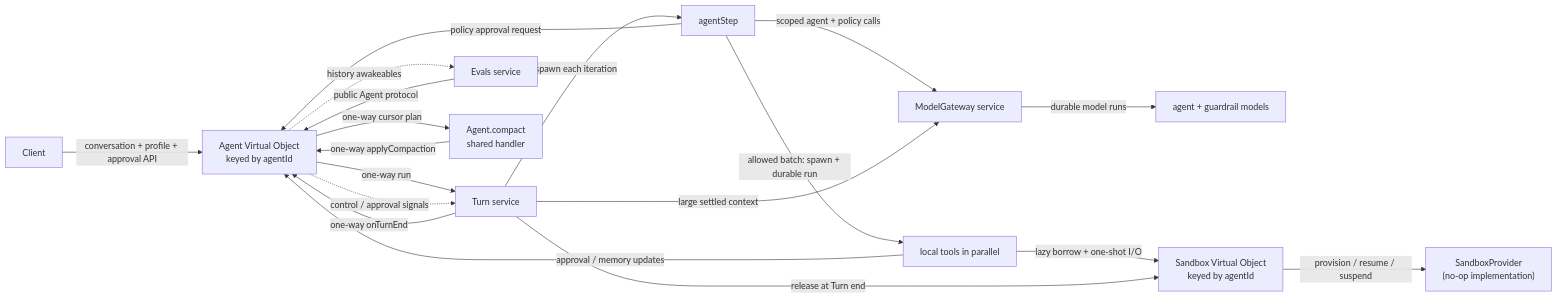
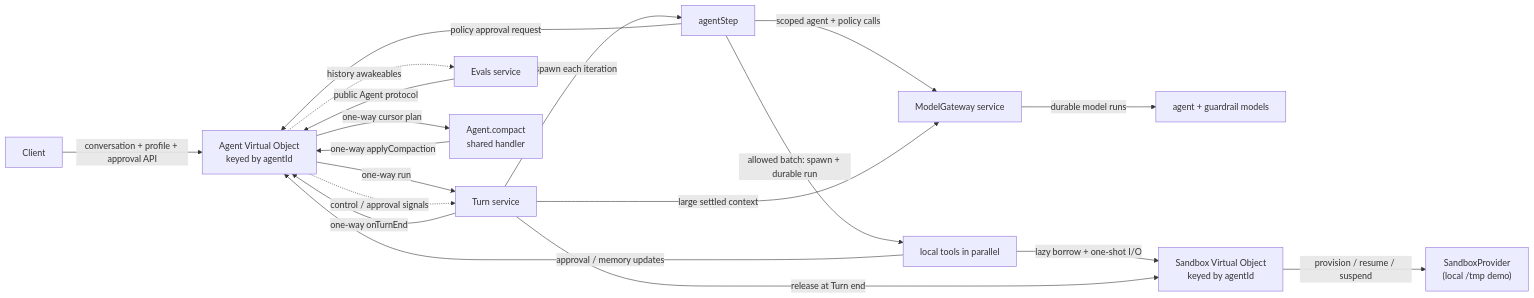
The diagram in README.md (restatedev/agent), drawn with Mermaid before and after one commit. The commit also changed other lines of this file and 4 other files, not shown here.

Commit message:
feat(example): use a local tmp sandbox

````diff
--- a/README.md
+++ b/README.md
@@ -77,21 +77,21 @@
 ```mermaid
 flowchart LR
   Client -->|"conversation + profile + approval API"| Agent["Agent Virtual Object\nkeyed by agentId"]
   Agent -->|"one-way run"| Turn["Turn service"]
   Agent -.->|"control / approval signals"| Turn
   Turn -->|"spawn each iteration"| Step["agentStep"]
   Step -->|"scoped agent + policy calls"| Gateway["ModelGateway service"]
   Gateway -->|"durable model runs"| Model["agent + guardrail models"]
   Step -->|"allowed batch: spawn + durable run"| Tools["local tools in parallel"]
   Step -->|"policy approval request"| Agent
   Tools -->|"approval / memory updates"| Agent
   Tools -->|"lazy borrow + one-shot I/O"| Sandbox["Sandbox Virtual Object\nkeyed by agentId"]
   Turn -->|"release at Turn end"| Sandbox
-  Sandbox -->|"provision / resume / suspend"| Provider["SandboxProvider\n(no-op implementation)"]
+  Sandbox -->|"provision / resume / suspend"| Provider["SandboxProvider\n(local /tmp demo)"]
   Turn -->|"large settled context"| Gateway
   Turn -->|"one-way onTurnEnd"| Agent
   Eval["Evals service"] -->|"public Agent protocol"| Agent
   Agent -.->|"history awakeables"| Eval
   Agent -->|"one-way cursor plan"| Compactor["Agent.compact\nshared handler"]
   Compactor -->|"one-way applyCompaction"| Agent
 ```
````
